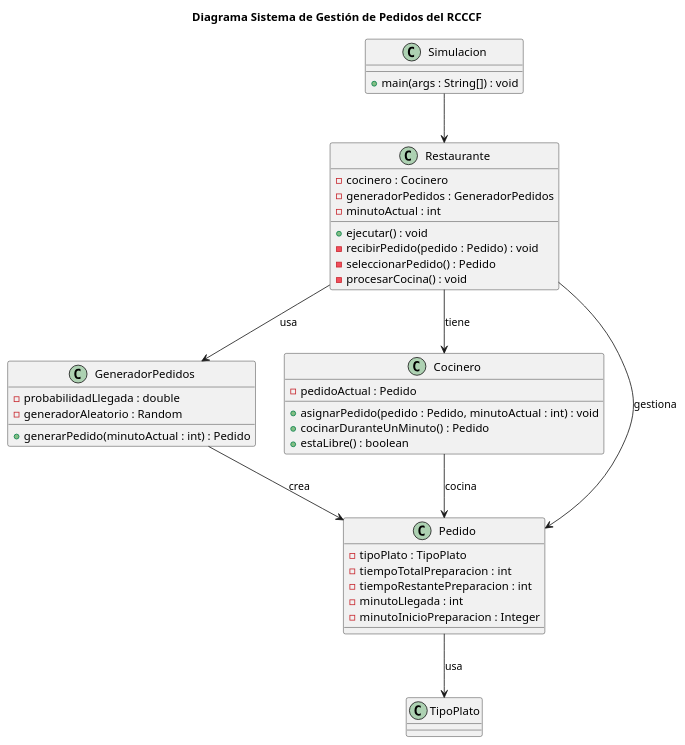
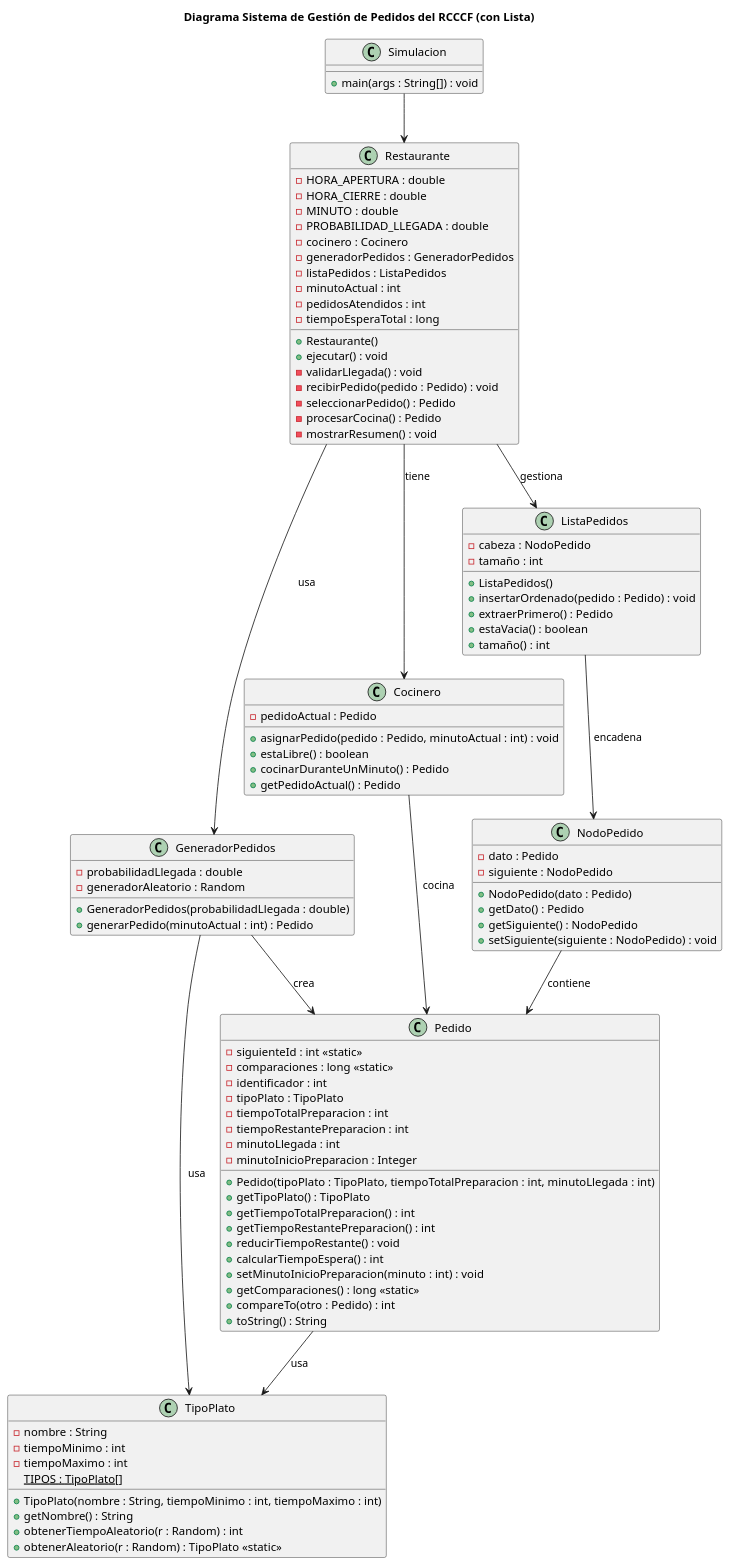
Before and after one commit to mmasias/25-26-EDA1: the diagram in entregas/orozcoBeatriz/documentos/README.md, drawn with PlantUML. The commit also changed other lines of this file and 9 other files, not shown here.

````diff
--- a/entregas/orozcoBeatriz/documentos/README.md
+++ b/entregas/orozcoBeatriz/documentos/README.md
@@ -34,52 +28,107 @@
 ```plantuml
-@startuml diagramaReto005
-title Diagrama Sistema de Gestión de Pedidos del RCCCF
+    @startuml diagramaReto005_v2
+    title Diagrama Sistema de Gestión de Pedidos del RCCCF (con Lista)
 
-class Simulacion {
-    + main(args : String[]) : void
-}
+    class Simulacion {
+        + main(args : String[]) : void
+    }
 
-class Restaurante {
-    - cocinero : Cocinero
-    - generadorPedidos : GeneradorPedidos
-    - minutoActual : int
-    + ejecutar() : void
-    - recibirPedido(pedido : Pedido) : void
-    - seleccionarPedido() : Pedido
-    - procesarCocina() : void
-}
+    class Restaurante {
+        - HORA_APERTURA : double
+        - HORA_CIERRE : double
+        - MINUTO : double
+        - PROBABILIDAD_LLEGADA : double
+        - cocinero : Cocinero
+        - generadorPedidos : GeneradorPedidos
+        - listaPedidos : ListaPedidos
+        - minutoActual : int
+        - pedidosAtendidos : int
+        - tiempoEsperaTotal : long
+        + Restaurante()
+        + ejecutar() : void
+        - validarLlegada() : void
+        - recibirPedido(pedido : Pedido) : void
+        - seleccionarPedido() : Pedido
+        - procesarCocina() : Pedido
+        - mostrarResumen() : void
+    }
 
-class GeneradorPedidos {
-    - probabilidadLlegada : double
-    - generadorAleatorio : Random
-    + generarPedido(minutoActual : int) : Pedido
-}
+    class Cocinero {
+        - pedidoActual : Pedido
+        + asignarPedido(pedido : Pedido, minutoActual : int) : void
+        + estaLibre() : boolean
+        + cocinarDuranteUnMinuto() : Pedido
+        + getPedidoActual() : Pedido
+    }
 
-class Cocinero {
-    - pedidoActual : Pedido
-    + asignarPedido(pedido : Pedido, minutoActual : int) : void
-    + cocinarDuranteUnMinuto() : Pedido
-    + estaLibre() : boolean
-}
+    class GeneradorPedidos {
+        - probabilidadLlegada : double
+        - generadorAleatorio : Random
+        + GeneradorPedidos(probabilidadLlegada : double)
+        + generarPedido(minutoActual : int) : Pedido
+    }
 
-class Pedido {
-    - tipoPlato : TipoPlato
-    - tiempoTotalPreparacion : int
-    - tiempoRestantePreparacion : int
-    - minutoLlegada : int
-    - minutoInicioPreparacion : Integer
-}
+    class ListaPedidos {
+        - cabeza : NodoPedido
+        - tamaño : int
+        + ListaPedidos()
+        + insertarOrdenado(pedido : Pedido) : void
+        + extraerPrimero() : Pedido
+        + estaVacia() : boolean
+        + tamaño() : int
+    }
 
-class TipoPlato {
-}
+    class NodoPedido {
+        - dato : Pedido
+        - siguiente : NodoPedido
+        + NodoPedido(dato : Pedido)
+        + getDato() : Pedido
+        + getSiguiente() : NodoPedido
+        + setSiguiente(siguiente : NodoPedido) : void
+    }
 
-Simulacion --> Restaurante
-Restaurante --> GeneradorPedidos : usa
-Restaurante --> Cocinero : tiene
-Restaurante --> Pedido : gestiona
-GeneradorPedidos --> Pedido : crea
-Cocinero --> Pedido : cocina
-Pedido --> TipoPlato : usa
+    class Pedido {
+        - siguienteId : int <<static>>
+        - comparaciones : long <<static>>
+        - identificador : int
+        - tipoPlato : TipoPlato
+        - tiempoTotalPreparacion : int
+        - tiempoRestantePreparacion : int
+        - minutoLlegada : int
+        - minutoInicioPreparacion : Integer
+        + Pedido(tipoPlato : TipoPlato, tiempoTotalPreparacion : int, minutoLlegada : int)
+        + getTipoPlato() : TipoPlato
+        + getTiempoTotalPreparacion() : int
+        + getTiempoRestantePreparacion() : int
+        + reducirTiempoRestante() : void
+        + calcularTiempoEspera() : int
+        + setMinutoInicioPreparacion(minuto : int) : void
+        + getComparaciones() : long <<static>>
+        + compareTo(otro : Pedido) : int
+        + toString() : String
+    }
 
-@enduml
+    class TipoPlato {
+        - nombre : String
+        - tiempoMinimo : int
+        - tiempoMaximo : int
+        + TipoPlato(nombre : String, tiempoMinimo : int, tiempoMaximo : int)
+        + getNombre() : String
+        + obtenerTiempoAleatorio(r : Random) : int
+        + obtenerAleatorio(r : Random) : TipoPlato <<static>>
+        {static} TIPOS : TipoPlato[]
+    }
+
+    Simulacion --> Restaurante
+    Restaurante --> Cocinero : tiene
+    Restaurante --> GeneradorPedidos : usa
+    Restaurante --> ListaPedidos : gestiona
+    GeneradorPedidos --> Pedido : crea
+    GeneradorPedidos --> TipoPlato : usa
+    ListaPedidos --> NodoPedido : encadena
+    NodoPedido --> Pedido : contiene
+    Cocinero --> Pedido : cocina
+    Pedido --> TipoPlato : usa
+
+    @enduml
 ```
````
